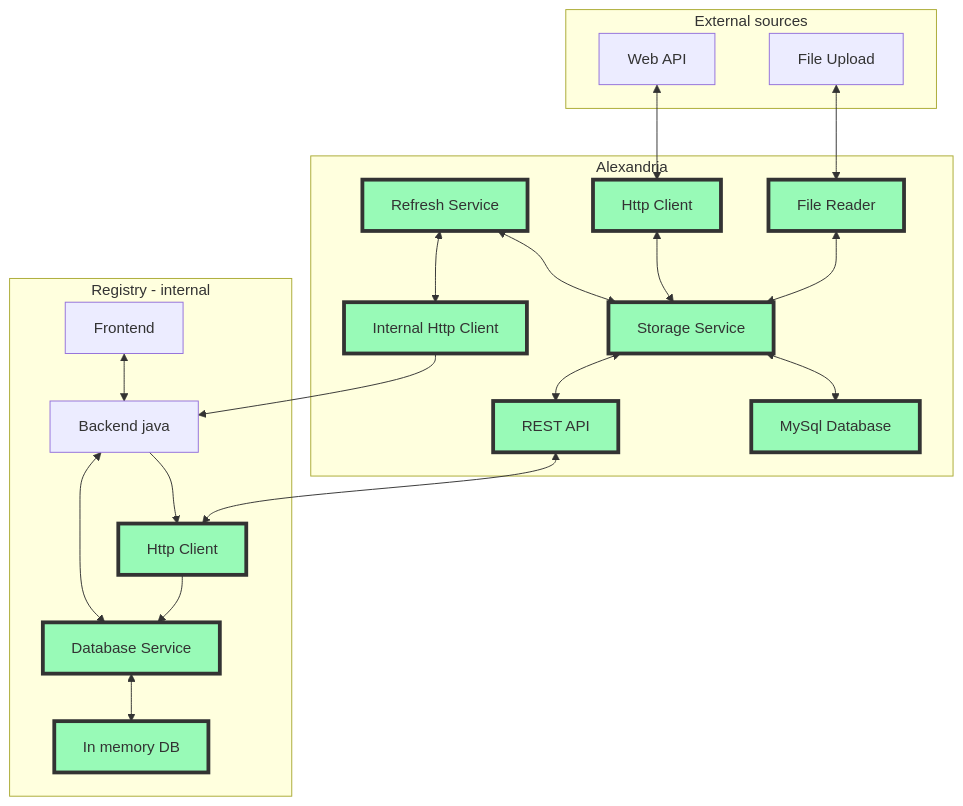
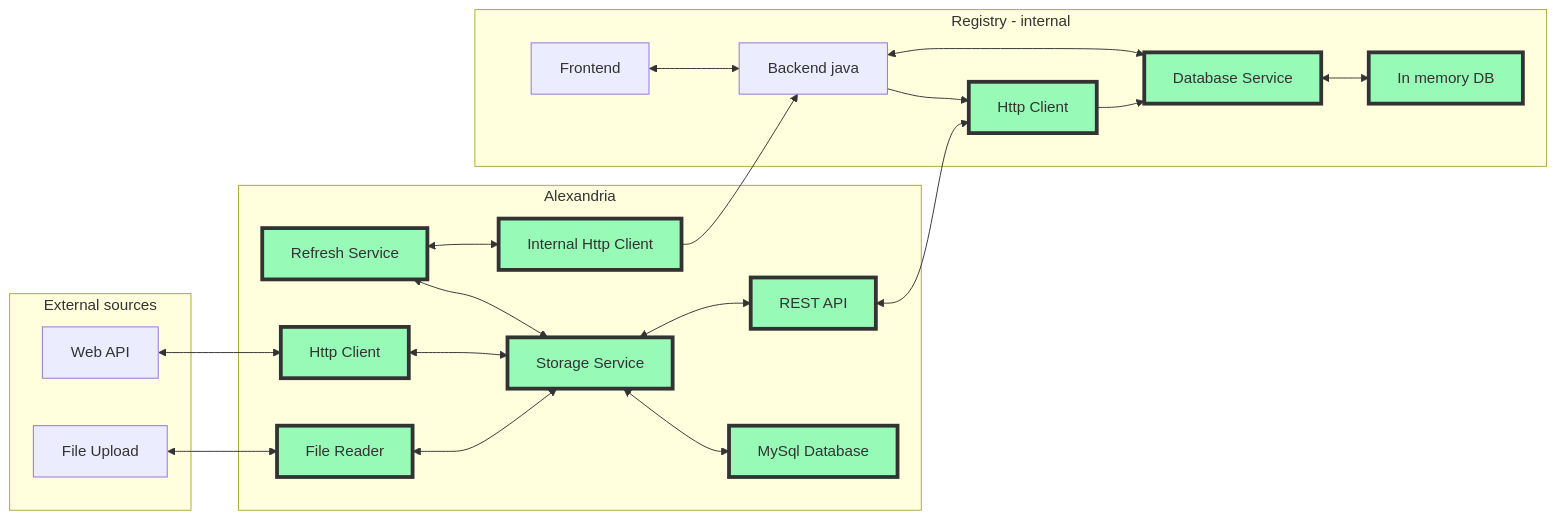
The diagram in docs/Forprosjekt.md (krined-dev/alexandria), drawn with Mermaid before and after one commit. The commit also changed other lines of this file, not shown here.

````diff
--- a/docs/Forprosjekt.md
+++ b/docs/Forprosjekt.md
@@ -76,34 +82,34 @@
 ```mermaid
-flowchart TB
+flowchart LR
     subgraph Registry[Registry - internal]
     jsp[Frontend]<-->backend[Backend java]<-->db[Database Service]
     db<-->realDb[In memory DB]
     http[Http Client]-->db
     backend-->http
     end
     subgraph Alexandria
     alex[REST API]<-->http
     alexDb[MySql Database]
     alexRepository[Storage Service]<-->alex
     alexRepository<-->alexDb
     alexRefreshService[Refresh Service]<-->alexRepository
     alexRefreshService<-->alexHttp2
     alexHttp[Http Client]<-->alexRepository
     alexHttp2[Internal Http Client]-->backend
     alexFileReader[File Reader]<-->alexRepository
     end
     subgraph External[External sources]
     fileUpload[File Upload]<-->alexFileReader
     API[Web API]<-->alexHttp
     end
     style alex fill:#98fab7,stroke:#333,stroke-width:4px
     style realDb fill:#98fab7,stroke:#333,stroke-width:4px
     style alexRepository fill:#98fab7,stroke:#333,stroke-width:4px
     style alexDb fill:#98fab7,stroke:#333,stroke-width:4px
     style alexRefreshService fill:#98fab7,stroke:#333,stroke-width:4px
     style alexHttp fill:#98fab7,stroke:#333,stroke-width:4px
     style alexHttp2 fill:#98fab7,stroke:#333,stroke-width:4px
     style alexFileReader fill:#98fab7,stroke:#333,stroke-width:4px
     style http fill:#98fab7,stroke:#333,stroke-width:4px
     style db fill:#98fab7,stroke:#333,stroke-width:4px
 ```
````
